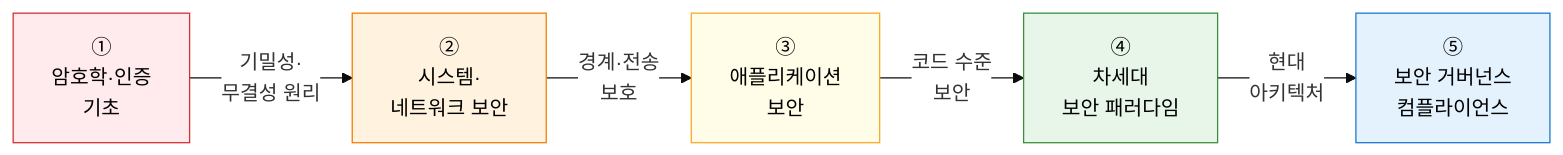
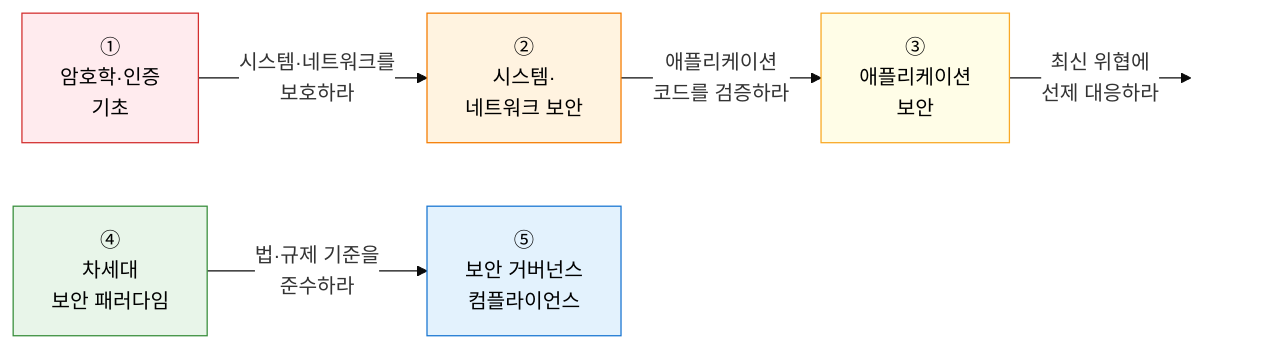
Before and after one commit to jeonck/itpe-KM: the diagram in content/docs/04-security/_index.md, drawn with Mermaid. The commit also changed 5 other files, not shown here.

````diff
--- a/content/docs/04-security/_index.md
+++ b/content/docs/04-security/_index.md
@@ -11,14 +11,15 @@
 ```mermaid
 %%{init: { 'theme': 'base', 'themeVariables': { 'edgeLabelBackground': '#fff' }}}%%
 flowchart LR
-    A["①<br/>암호학·인증<br/>기초"] --"기밀성·<br/>무결성 원리"--> B["②<br/>시스템·<br/>네트워크 보안"]
-    B --"경계·전송<br/>보호"--> C["③<br/>애플리케이션<br/>보안"]
-    C --"코드 수준<br/>보안"--> D["④<br/>차세대<br/>보안 패러다임"]
-    D --"현대<br/>아키텍처"--> E["⑤<br/>보안 거버넌스<br/>컴플라이언스"]
+    A["①<br/>암호학·인증<br/>기초"] --"시스템·네트워크를<br/>보호하라"--> B["②<br/>시스템·<br/>네트워크 보안"]
+    B --"애플리케이션<br/>코드를 검증하라"--> C["③<br/>애플리케이션<br/>보안"]
+    C --"최신 위협에<br/>선제 대응하라"--> Z[" "]
+    D["④<br/>차세대<br/>보안 패러다임"] --"법·규제 기준을<br/>준수하라"--> E["⑤<br/>보안 거버넌스<br/>컴플라이언스"]
 
     style A fill:#FFEBEE,stroke:#D32F2F,color:#000
     style B fill:#FFF3E0,stroke:#F57C00,color:#000
     style C fill:#FFFDE7,stroke:#F9A825,color:#000
     style D fill:#E8F5E9,stroke:#388E3C,color:#000
     style E fill:#E3F2FD,stroke:#1976D2,color:#000
+    style Z fill:none,stroke:none
 ```
````
